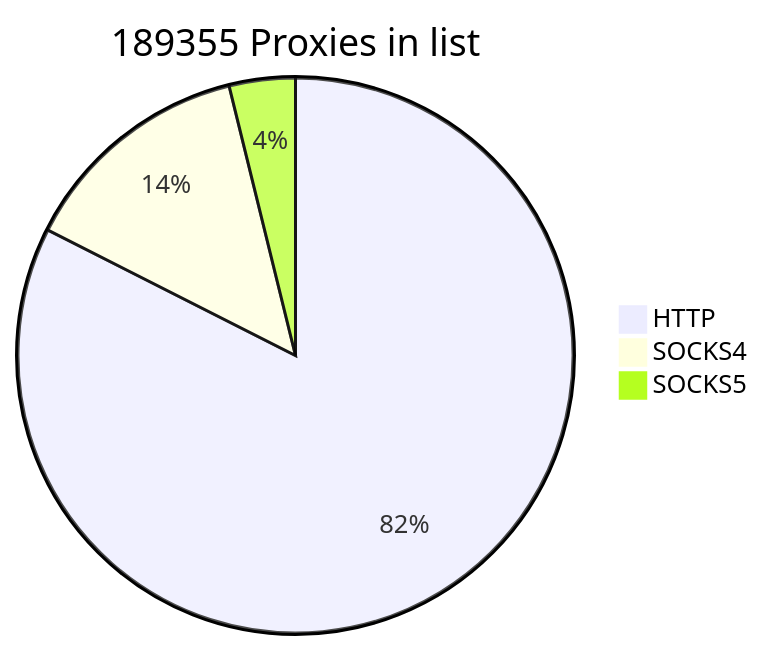
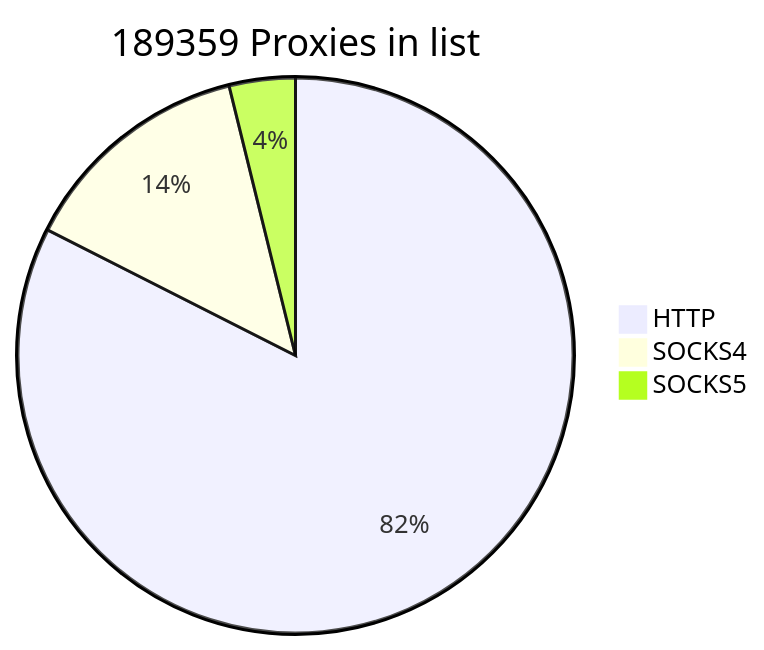
Before and after one commit to cutipu/proxylist: the first of 2 diagrams in README.md, drawn with Mermaid. The commit also changed other lines of this file, not shown here.

````diff
--- a/README.md
+++ b/README.md
@@ -2,7 +2,7 @@
 ```mermaid
-pie title 189355 Proxies in list
-    "HTTP" : 156148
-    "SOCKS4" : 25930
-    "SOCKS5" : 7277
+pie title 189359 Proxies in list
+    "HTTP" : 156149
+    "SOCKS4" : 25932
+    "SOCKS5" : 7278
             
 ```
````
